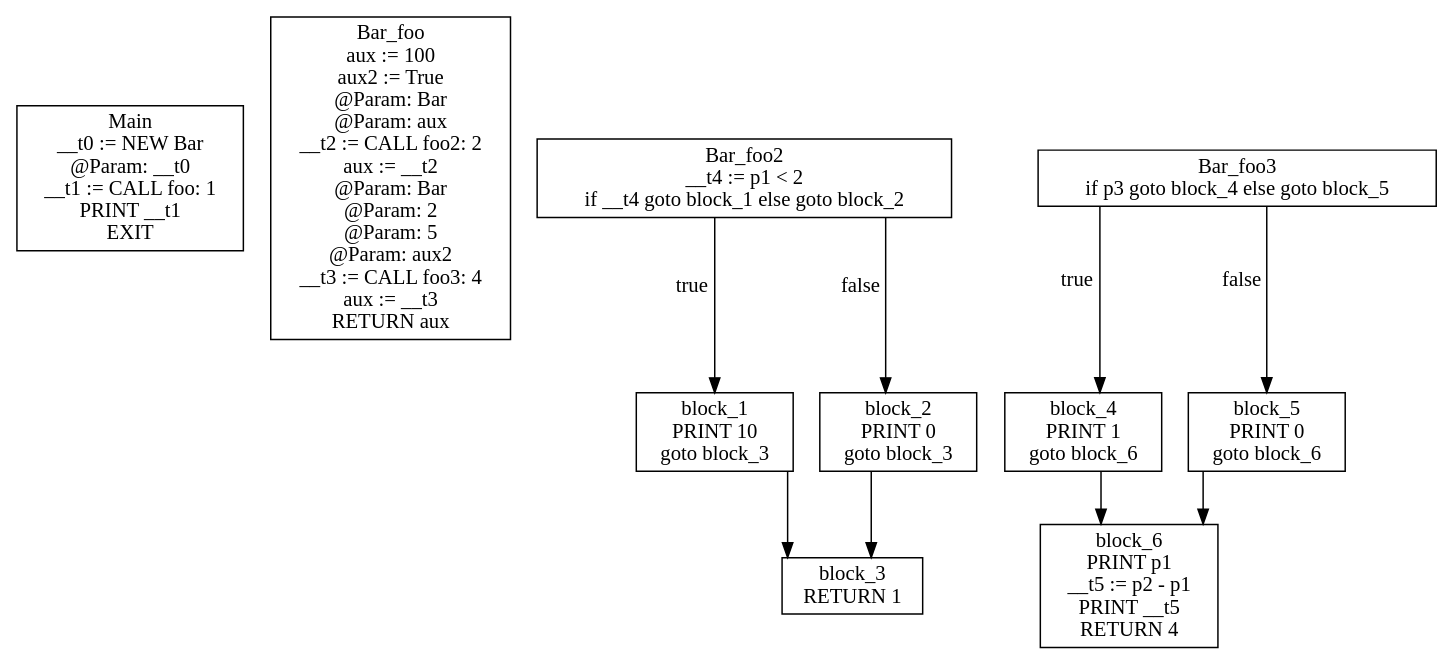
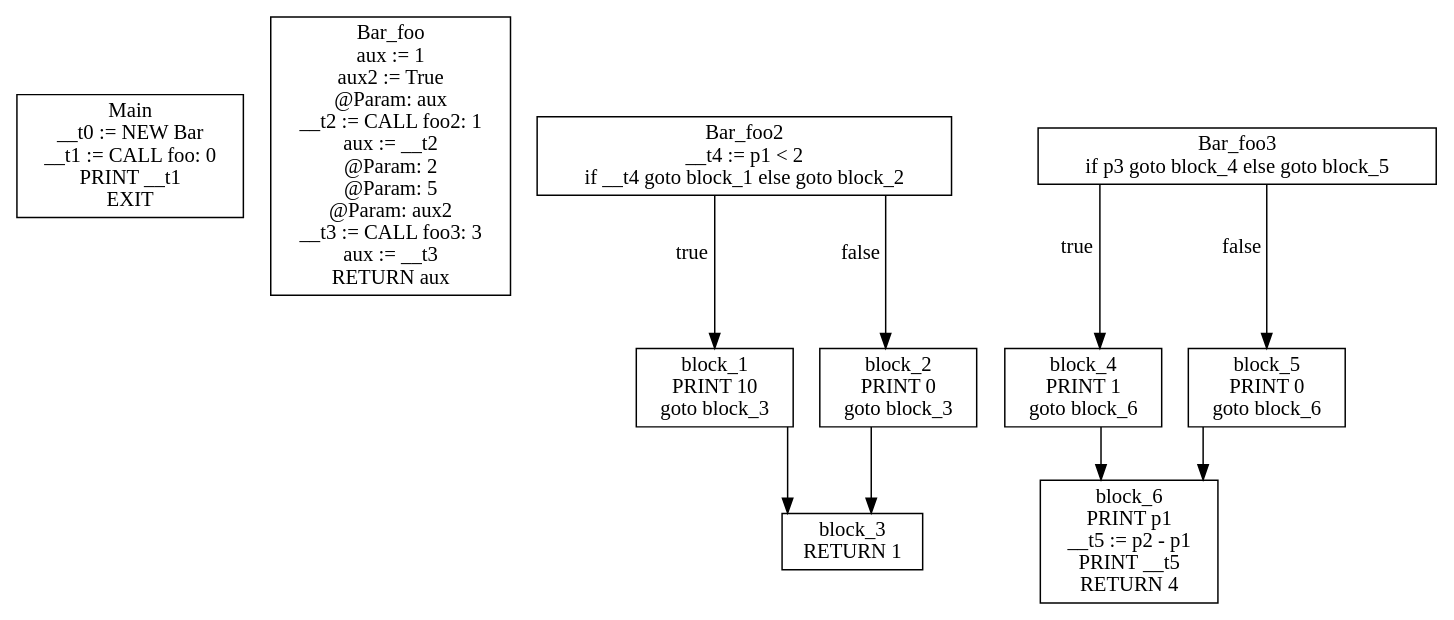
One commit to KarmaSora/Compiler changed the diagram in gettingStarted/cfg.dot. Above: the diagram before and after it, drawn with Graphviz. The commit also changed 10 other files, not shown here.

```diff
--- a/gettingStarted/cfg.dot
+++ b/gettingStarted/cfg.dot
@@ -1,22 +1,22 @@
 digraph CFG {
 graph [splines=ortho];
 node [shape=box];
-Main [label="Main\n__t0 := NEW Bar\n @Param: __t0\n__t1 := CALL foo: 1\nPRINT __t1\nEXIT\n"];
-Bar_foo [label="Bar_foo\naux := 100\naux2 := True\n @Param: Bar\n @Param: aux\n__t2 := CALL foo2: 2\naux := __t2\n @Param: Bar\n @Param: 2\n @Param: 5\n @Param: aux2\n__t3 := CALL foo3: 4\naux := __t3\nRETURN aux\n"];
+Main [label="Main\n__t0 := NEW Bar\n__t1 := CALL foo: 0\nPRINT __t1\nEXIT\n"];
+Bar_foo [label="Bar_foo\naux := 1\naux2 := True\n @Param: aux\n__t2 := CALL foo2: 1\naux := __t2\n @Param: 2\n @Param: 5\n @Param: aux2\n__t3 := CALL foo3: 3\naux := __t3\nRETURN aux\n"];
 Bar_foo2 -> block_1 [xlabel="true"];
 Bar_foo2 -> block_2 [xlabel="false"];
 Bar_foo2 [label="Bar_foo2\n__t4 := p1 < 2\nif __t4 goto block_1 else goto block_2\n"];
 block_1 -> block_3;
 block_1 [label="block_1\nPRINT 10\ngoto block_3\n"];
 block_2 -> block_3;
 block_2 [label="block_2\nPRINT 0\ngoto block_3\n"];
 block_3 [label="block_3\nRETURN 1\n"];
 Bar_foo3 -> block_4 [xlabel="true"];
 Bar_foo3 -> block_5 [xlabel="false"];
 Bar_foo3 [label="Bar_foo3\nif p3 goto block_4 else goto block_5\n"];
 block_4 -> block_6;
 block_4 [label="block_4\nPRINT 1\ngoto block_6\n"];
 block_5 -> block_6;
 block_5 [label="block_5\nPRINT 0\ngoto block_6\n"];
 block_6 [label="block_6\nPRINT p1\n__t5 := p2 - p1\nPRINT __t5\nRETURN 4\n"];
 }
```
